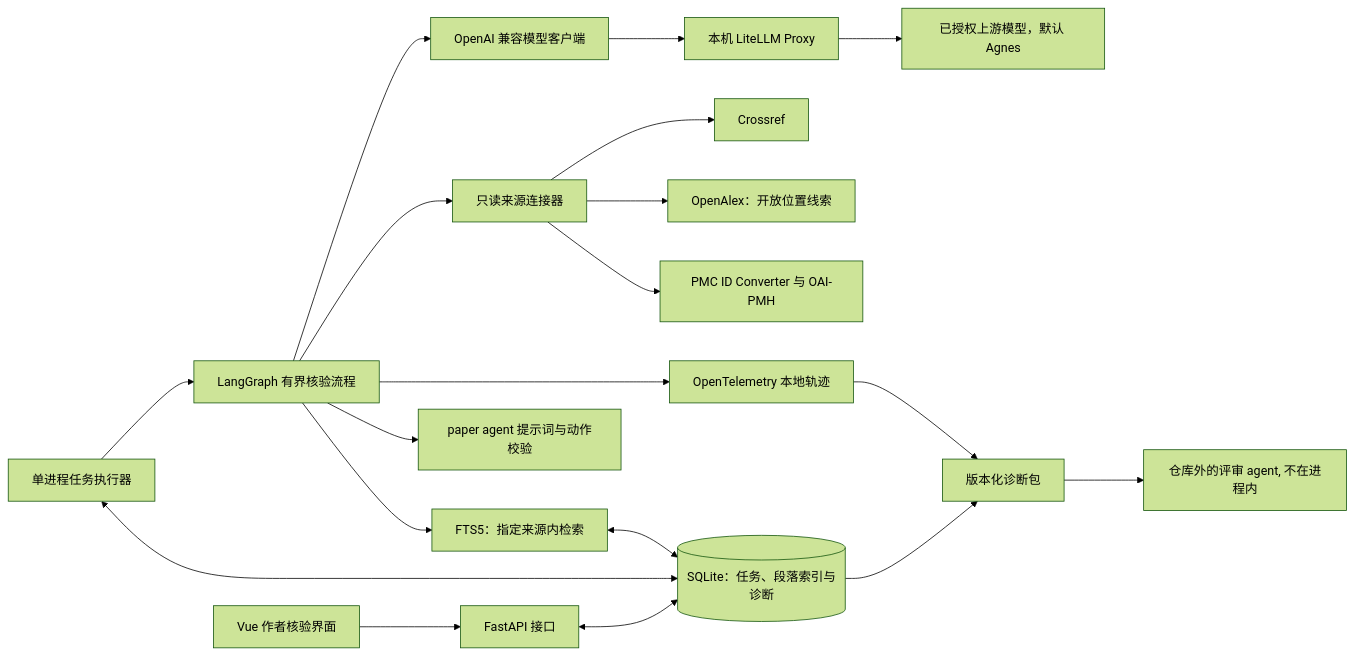
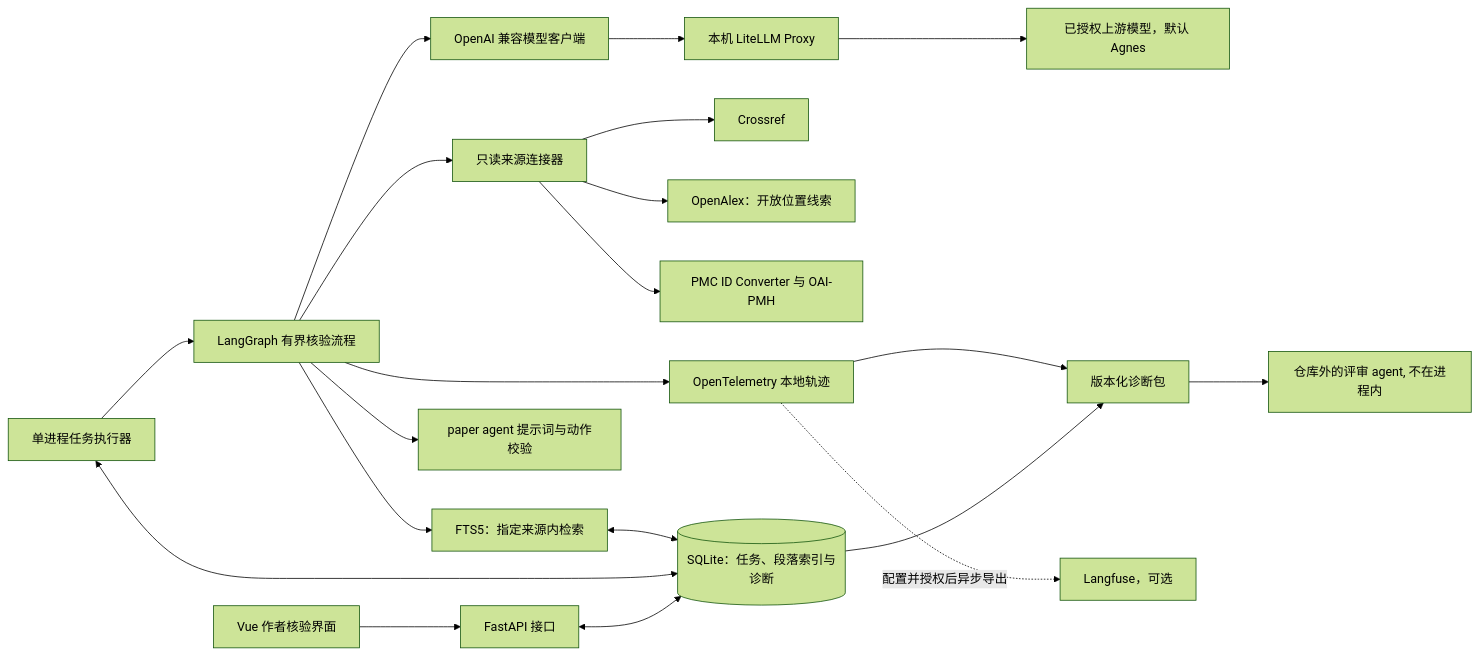
Before and after one commit to wynxing/paper-evidence-agent: the first of 4 diagrams in docs/architecture.md, drawn with Mermaid (forest theme). The commit also changed other lines of this file and 6 other files, not shown here.

````diff
--- a/docs/architecture.md
+++ b/docs/architecture.md
@@ -16,21 +16,22 @@
 ```mermaid
 flowchart LR
     UI["Vue 作者核验界面"] --> API["FastAPI 接口"]
     API <--> DB[("SQLite：任务、段落索引与诊断")]
     Worker["单进程任务执行器"] <--> DB
     Worker --> Graph["LangGraph 有界核验流程"]
     Graph --> Sources["只读来源连接器"]
     Sources --> Crossref["Crossref"]
     Sources --> OpenAlex["OpenAlex：开放位置线索"]
     Sources --> PMC["PMC ID Converter 与 OAI-PMH"]
     Graph --> Search["FTS5：指定来源内检索"]
     Search <--> DB
     Graph --> Paper["paper agent 提示词与动作校验"]
     Graph --> Client["OpenAI 兼容模型客户端"]
     Client --> Proxy["本机 LiteLLM Proxy"]
     Proxy --> Model["已授权上游模型，默认 Agnes"]
     Graph --> Trace["OpenTelemetry 本地轨迹"]
     DB --> Packet["版本化诊断包"]
     Trace --> Packet
+    Trace -. "配置并授权后异步导出" .-> LF["Langfuse，可选"]
     Packet --> External["仓库外的评审 agent, 不在进程内"]
 ```
````
